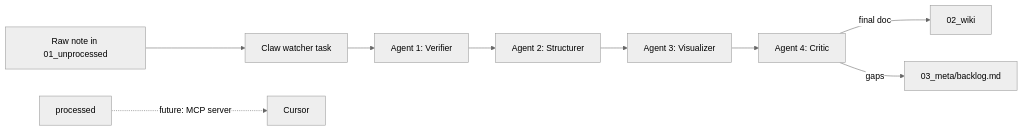
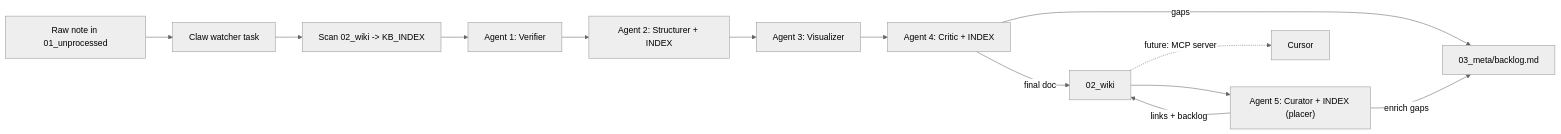
One commit to Hersh3yy/RAGgamuffin changed the diagram in README.md. Above: the diagram before and after it, drawn with Mermaid (neutral theme). The commit also changed other lines of this file and 22 other files, not shown here.

````diff
--- a/README.md
+++ b/README.md
@@ -15,11 +55,15 @@
 ```mermaid
 flowchart LR
     rawNote["Raw note in 01_unprocessed"] --> watcher["Claw watcher task"]
-    watcher --> a1["Agent 1: Verifier"]
-    a1 --> a2["Agent 2: Structurer"]
+    watcher --> idx["Scan 02_wiki -> KB_INDEX"]
+    idx --> a1["Agent 1: Verifier"]
+    a1 --> a2["Agent 2: Structurer + INDEX"]
     a2 --> a3["Agent 3: Visualizer"]
-    a3 --> a4["Agent 4: Critic"]
+    a3 --> a4["Agent 4: Critic + INDEX"]
     a4 -->|"final doc"| wiki["02_wiki"]
+    wiki --> a5["Agent 5: Curator + INDEX (placer)"]
+    a5 -->|"links + backlog"| wiki
     a4 -->|"gaps"| backlog["03_meta/backlog.md"]
-    processed -.->|"future: MCP server"| cursorIDE["Cursor"]
+    a5 -->|"enrich gaps"| backlog
+    wiki -.->|"future: MCP server"| cursorIDE["Cursor"]
 ```
````
